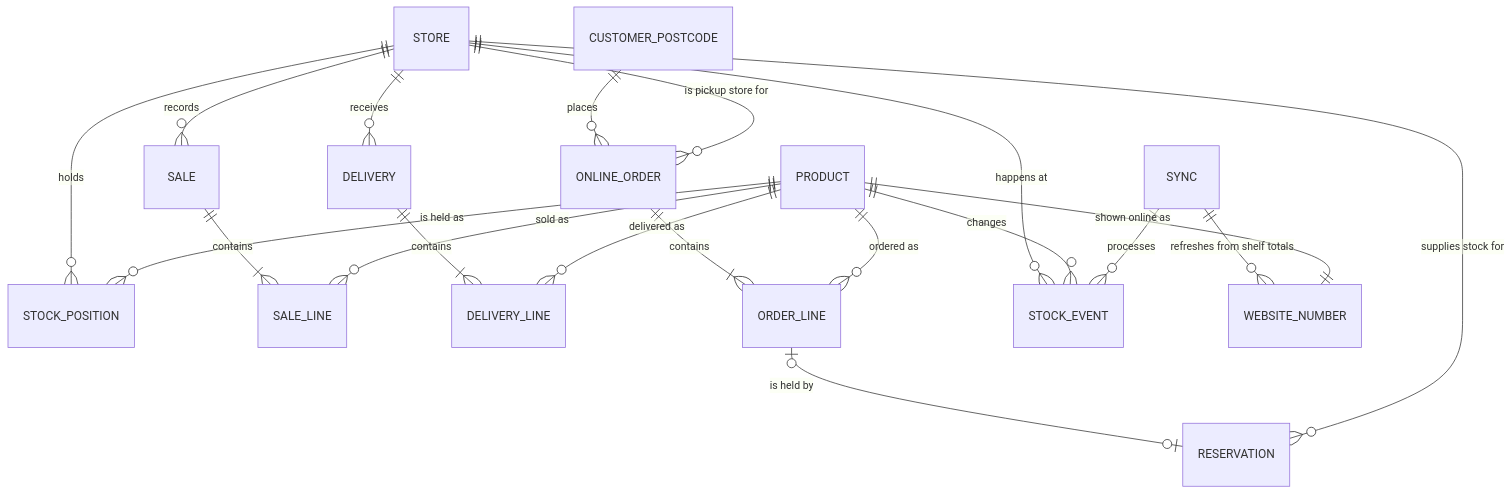
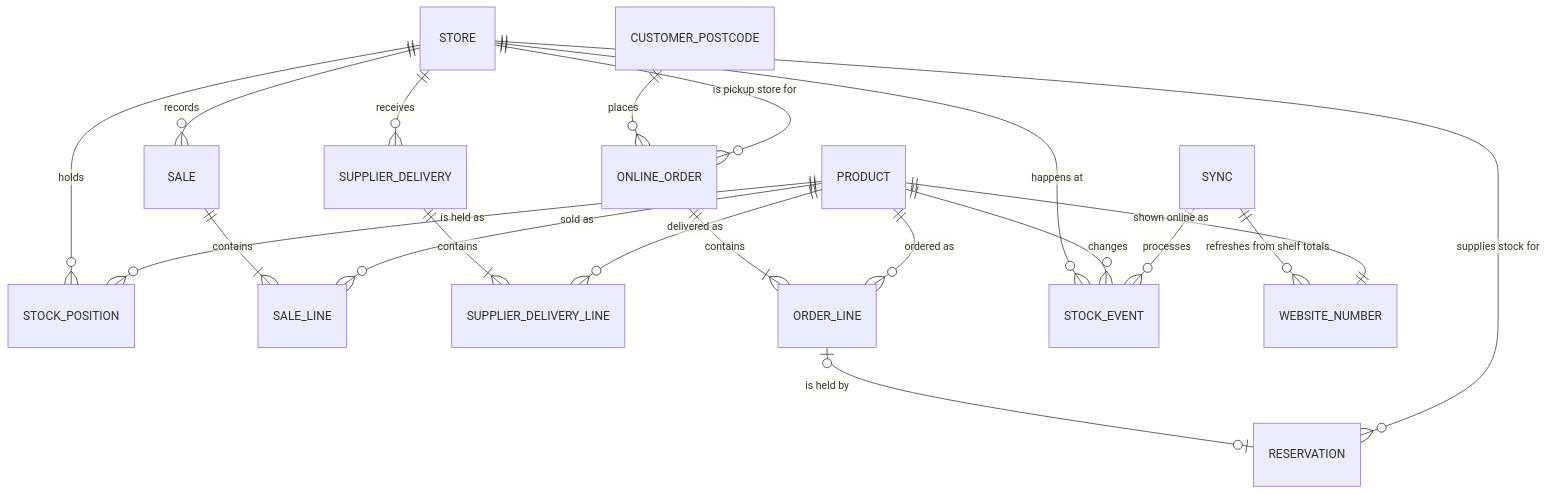
One commit to Alfredd43/Warehousing-model changed the second of 4 diagrams in docs/Architecture_and_Data_Model.md. Above: the diagram before and after it, drawn with Mermaid. The commit also changed other lines of this file and 32 other files, not shown here.

Commit message:
Rename delivery system to supplier delivery system

````diff
--- a/docs/Architecture_and_Data_Model.md
+++ b/docs/Architecture_and_Data_Model.md
@@ -73,22 +73,22 @@
 ```mermaid
 erDiagram
     STORE ||--o{ STOCK_POSITION : holds
     PRODUCT ||--o{ STOCK_POSITION : "is held as"
     STORE ||--o{ SALE : records
     SALE ||--|{ SALE_LINE : contains
     PRODUCT ||--o{ SALE_LINE : "sold as"
-    STORE ||--o{ DELIVERY : receives
-    DELIVERY ||--|{ DELIVERY_LINE : contains
-    PRODUCT ||--o{ DELIVERY_LINE : "delivered as"
+    STORE ||--o{ SUPPLIER_DELIVERY : receives
+    SUPPLIER_DELIVERY ||--|{ SUPPLIER_DELIVERY_LINE : contains
+    PRODUCT ||--o{ SUPPLIER_DELIVERY_LINE : "delivered as"
     CUSTOMER_POSTCODE ||--o{ ONLINE_ORDER : places
     STORE ||--o{ ONLINE_ORDER : "is pickup store for"
     ONLINE_ORDER ||--|{ ORDER_LINE : contains
     PRODUCT ||--o{ ORDER_LINE : "ordered as"
     ORDER_LINE |o--o| RESERVATION : "is held by"
     STORE ||--o{ RESERVATION : "supplies stock for"
     STORE ||--o{ STOCK_EVENT : "happens at"
     PRODUCT ||--o{ STOCK_EVENT : changes
     SYNC ||--o{ STOCK_EVENT : processes
     SYNC ||--o{ WEBSITE_NUMBER : "refreshes from shelf totals"
     PRODUCT ||--|| WEBSITE_NUMBER : "shown online as"
 ```
````
